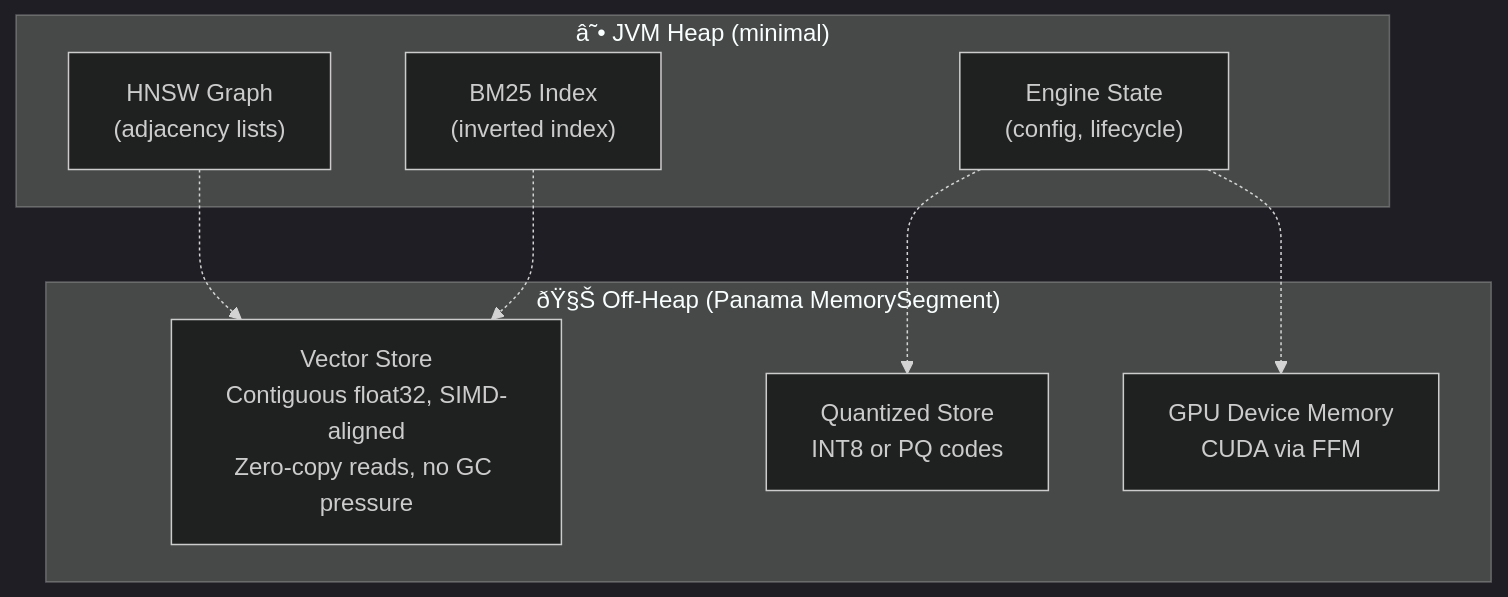
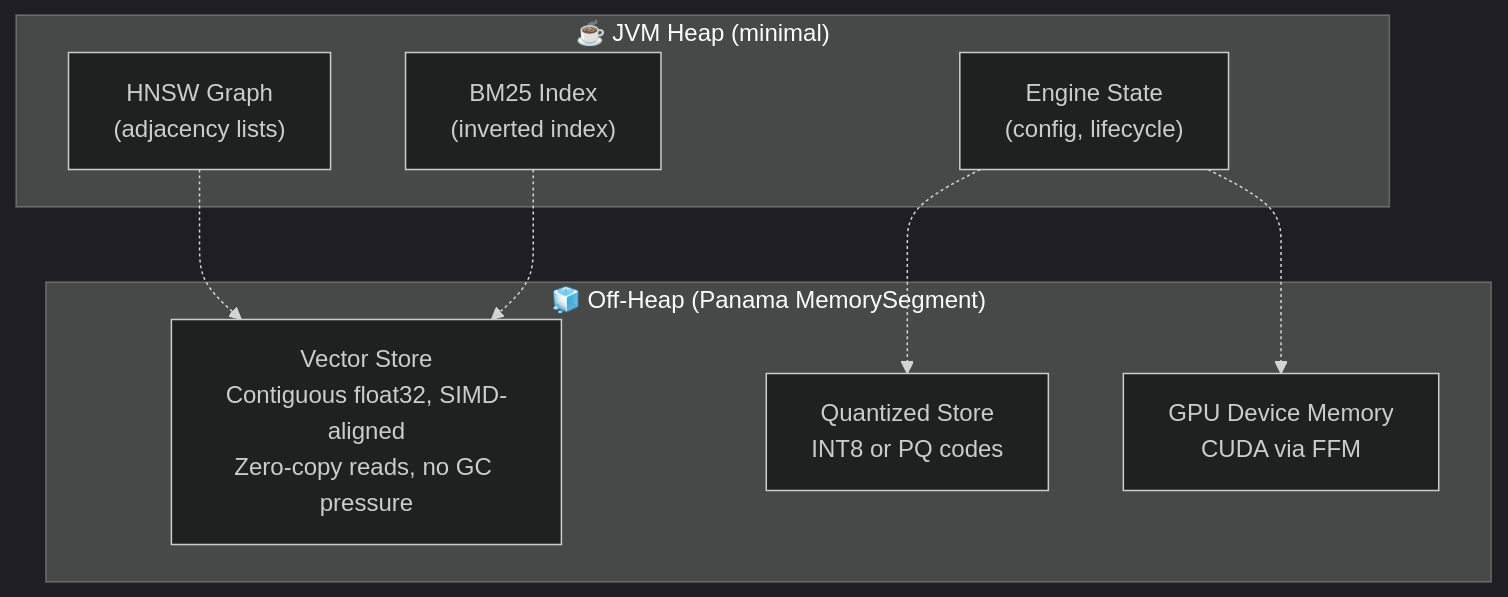
One commit to spectrayan/spector-search changed the sixth of 7 diagrams in docs/docs/architecture/overview.md. Above: the diagram before and after it, drawn with Mermaid (dark theme). The commit also changed other lines of this file and 40 other files, not shown here.

````diff
--- a/docs/docs/architecture/overview.md
+++ b/docs/docs/architecture/overview.md
@@ -288,19 +288,19 @@
 ```mermaid
 graph TB
-    subgraph "â˜• JVM Heap (minimal)"
+    subgraph "☕ JVM Heap (minimal)"
         HG["HNSW Graph<br/>(adjacency lists)"]
         BM["BM25 Index<br/>(inverted index)"]
         ES["Engine State<br/>(config, lifecycle)"]
     end
 
-    subgraph "ðŸ§Š Off-Heap (Panama MemorySegment)"
+    subgraph "🧊 Off-Heap (Panama MemorySegment)"
         VS["Vector Store<br/>Contiguous float32, SIMD-aligned<br/>Zero-copy reads, no GC pressure"]
         QS["Quantized Store<br/>INT8 or PQ codes"]
         GM["GPU Device Memory<br/>CUDA via FFM"]
     end
 
     HG -.-> VS
     BM -.-> VS
     ES -.-> QS
     ES -.-> GM
 ```
````
